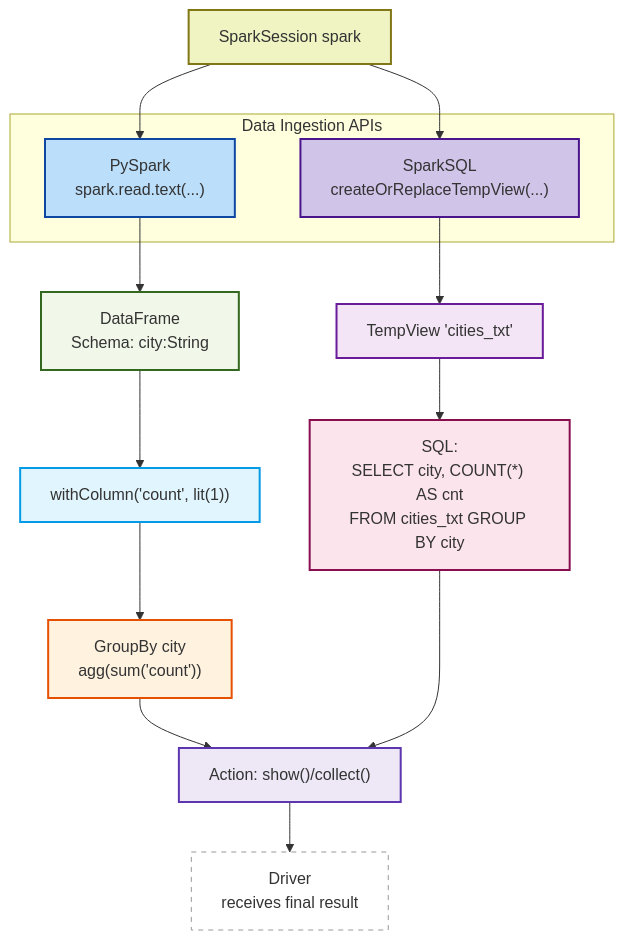
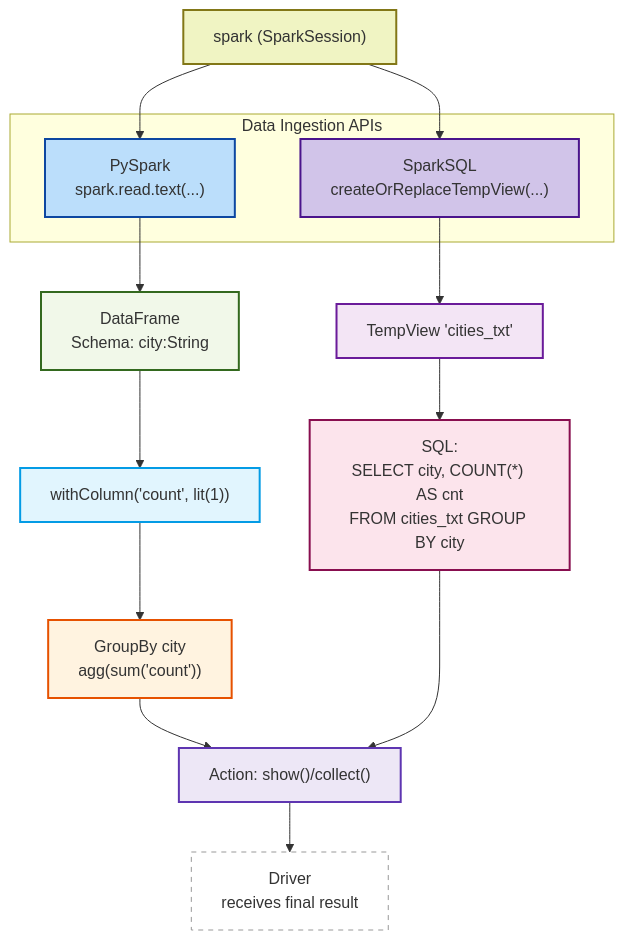
One commit to blaire101/Spark-Journey-2025 changed the first of 3 diagrams in README.md. Above: the diagram before and after it, drawn with Mermaid.

````diff
--- a/README.md
+++ b/README.md
@@ -6,33 +6,33 @@
 ```mermaid
 flowchart TB
-    Session["SparkSession spark"]
+    Session["spark (SparkSession)"]
     subgraph APIs ["Data Ingestion APIs"]
       PyAPI["PySpark<br>spark.read.text(...)"]
       SQLAPI["SparkSQL<br>createOrReplaceTempView(...)"]
     end
 
     Session --> PyAPI
     Session --> SQLAPI
 
     PyAPI --> DF1["DataFrame<br>Schema: city:String"]
     SQLAPI --> TempView["TempView 'cities_txt'"]
 
     DF1 --> WithCount["withColumn('count', lit(1))"]
     TempView --> SQL1["SQL:<br>SELECT city, COUNT(*) AS cnt<br>FROM cities_txt GROUP BY city"]
 
     WithCount --> GroupByDF["GroupBy city<br>agg(sum('count'))"]
     GroupByDF & SQL1 --> Action["Action: show()/collect()"]
     Action --> Driver["Driver<br>receives final result"]
 
     %% Styling
     style Session  fill:#f0f4c3,stroke:#827717,stroke-width:2px
     style PyAPI    fill:#bbdefb,stroke:#0d47a1,stroke-width:2px
     style SQLAPI   fill:#d1c4e9,stroke:#4a148c,stroke-width:2px
     style DF1      fill:#f1f8e9,stroke:#33691e,stroke-width:2px
     style WithCount fill:#e1f5fe,stroke:#039be5,stroke-width:2px
     style GroupByDF fill:#fff3e0,stroke:#e65100,stroke-width:2px
     style TempView fill:#f3e5f5,stroke:#6a1b9a,stroke-width:2px
     style SQL1     fill:#fce4ec,stroke:#880e4f,stroke-width:2px
     style Action   fill:#ede7f6,stroke:#5e35b1,stroke-width:2px
     style Driver   fill:#ffffff,stroke:#999,stroke-width:1px,stroke-dasharray:5 5
 ```
````
